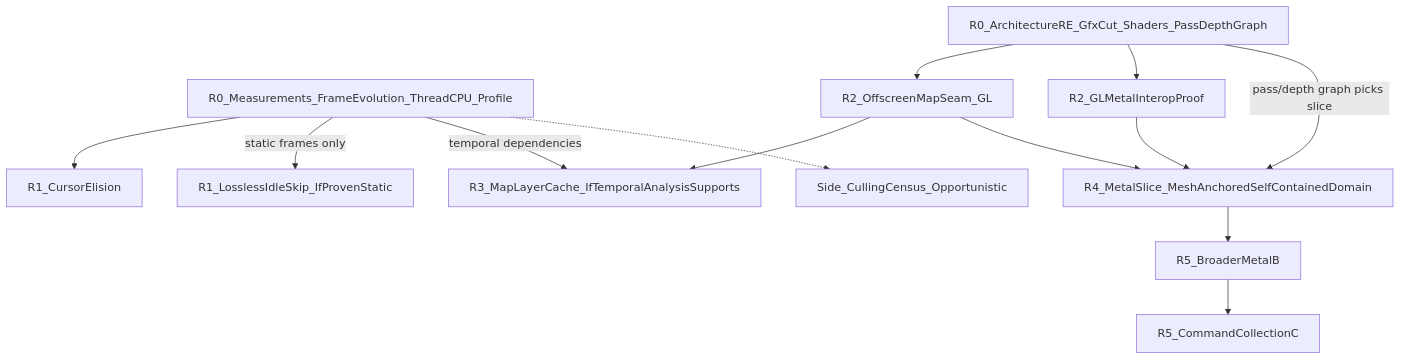
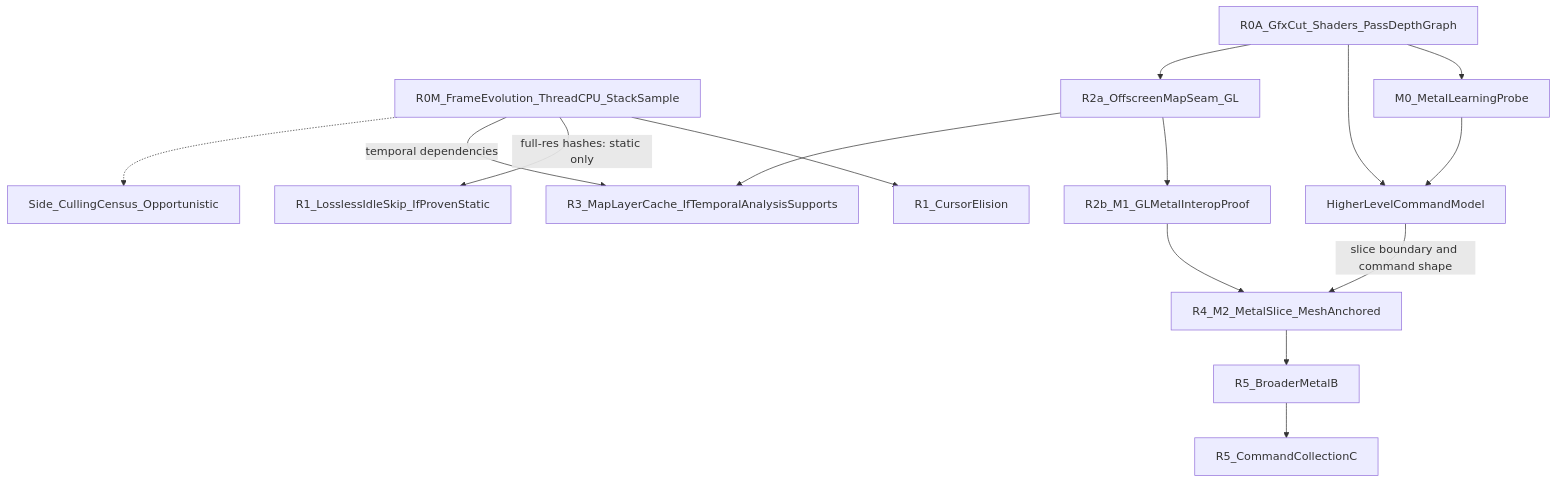
One commit to HagbardCel/eu4-mac-perf changed the diagram in docs/eu4_recommended_strategy.md. Above: the diagram before and after it, drawn with Mermaid. The commit also changed other lines of this file and 5 other files, not shown here.

````diff
--- a/docs/eu4_recommended_strategy.md
+++ b/docs/eu4_recommended_strategy.md
@@ -46,27 +88,31 @@
 ```mermaid
 flowchart TD
-    R0m[R0_Measurements_FrameEvolution_ThreadCPU_Profile]
-    R0a[R0_ArchitectureRE_GfxCut_Shaders_PassDepthGraph]
+    R0m[R0M_FrameEvolution_ThreadCPU_StackSample]
+    R0a[R0A_GfxCut_Shaders_PassDepthGraph]
+    M0[M0_MetalLearningProbe]
+    Model[HigherLevelCommandModel]
     Cursor[R1_CursorElision]
     Skip[R1_LosslessIdleSkip_IfProvenStatic]
-    Seam[R2_OffscreenMapSeam_GL]
-    Interop[R2_GLMetalInteropProof]
+    Seam[R2a_OffscreenMapSeam_GL]
+    Interop[R2b_M1_GLMetalInteropProof]
     Cache[R3_MapLayerCache_IfTemporalAnalysisSupports]
-    Slice[R4_MetalSlice_MeshAnchoredSelfContainedDomain]
+    Slice[R4_M2_MetalSlice_MeshAnchored]
     B[R5_BroaderMetalB]
     C[R5_CommandCollectionC]
     Cull[Side_CullingCensus_Opportunistic]
 
     R0m --> Cursor
-    R0m -->|"static frames only"| Skip
+    R0m -->|"full-res hashes: static only"| Skip
     R0m -->|"temporal dependencies"| Cache
+    R0a --> M0
+    R0a --> Model
+    M0 --> Model
     R0a --> Seam
-    R0a --> Interop
+    Seam --> Interop
     Seam --> Cache
-    Seam --> Slice
     Interop --> Slice
-    R0a -->|"pass/depth graph picks slice"| Slice
+    Model -->|"slice boundary and command shape"| Slice
     Slice --> B
     B --> C
     R0m -.-> Cull
 ```
````
